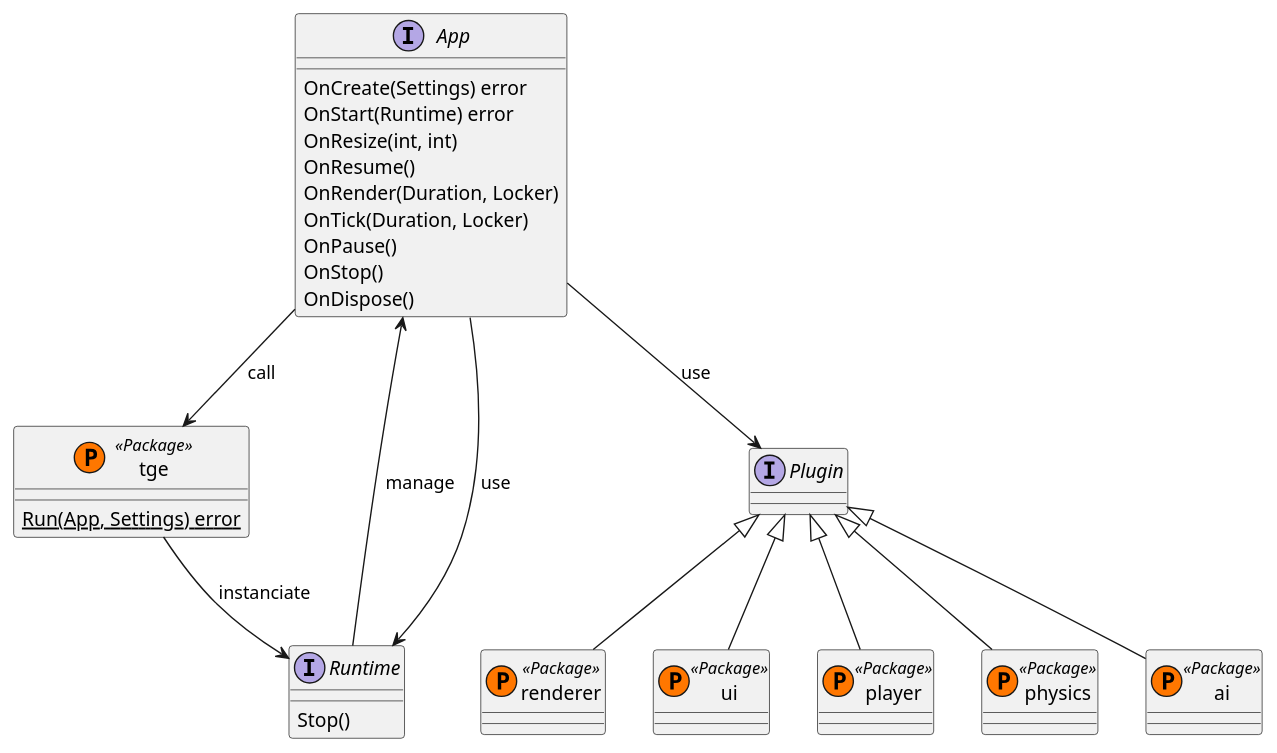
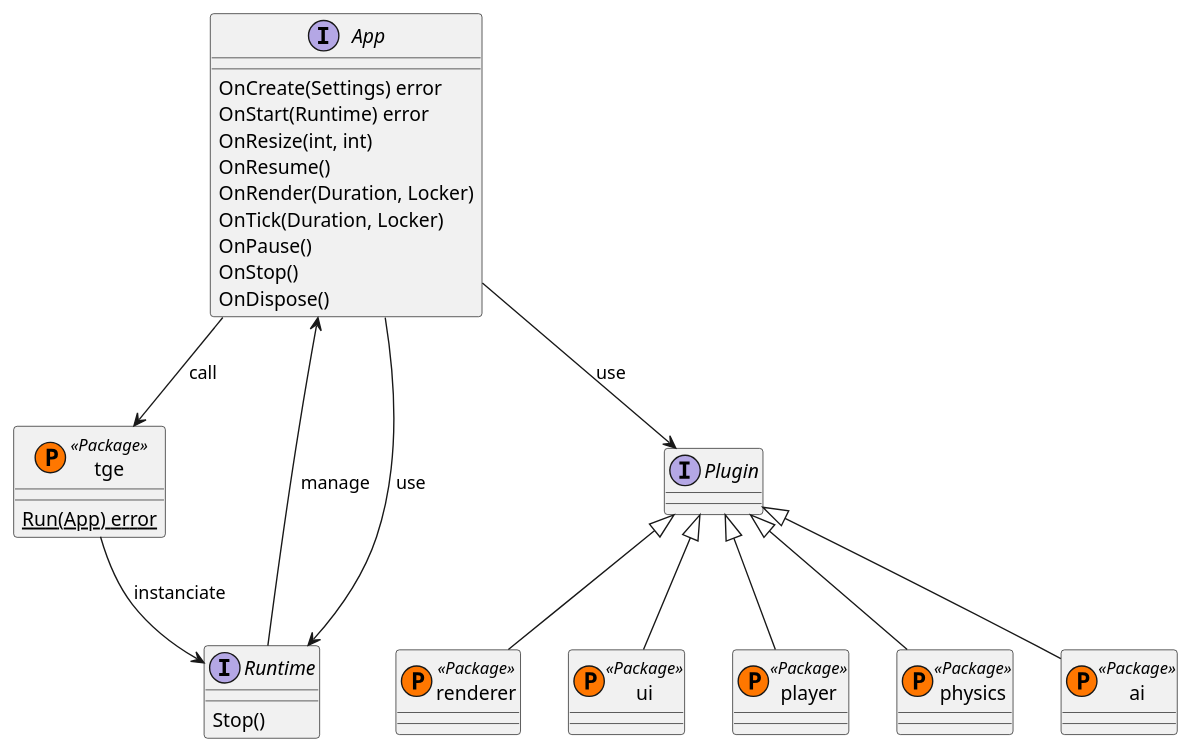
Before and after one commit to Thommil/tge: the diagram in specs/api.puml, drawn with PlantUML. The commit also changed 7 other files, not shown here.

```diff
--- a/specs/api.puml
+++ b/specs/api.puml
@@ -2,51 +2,51 @@
 @startuml API
 ' Components
 interface App {
     OnCreate(Settings) error
     OnStart(Runtime) error
     OnResize(int, int)
     OnResume()
     OnRender(Duration, Locker)
     OnTick(Duration, Locker)
     OnPause()
     OnStop()
     OnDispose()
 }
 
 class tge << (P,#FF7700) Package >> {
-    {static} Run(App, Settings) error
+    {static} Run(App) error
 }
 
 interface Runtime {
     Stop()
 }
 
 interface Plugin{
 }
 
 class renderer << (P,#FF7700) Package >> {
 }
 class ui << (P,#FF7700) Package >> {
 }
 class player << (P,#FF7700) Package >> {
 }
 class physics << (P,#FF7700) Package >> {
 }
 class ai << (P,#FF7700) Package >> {
 }
 
 ' Relations
 App --> tge : call
 tge --> Runtime : instanciate
 App <-- Runtime : manage
 App --> Runtime : use
 App --> Plugin : use
 
 Plugin <|-- renderer
 Plugin <|-- player
 Plugin <|-- ui
 Plugin <|-- physics
 Plugin <|-- ai
 
 
 @enduml
```
